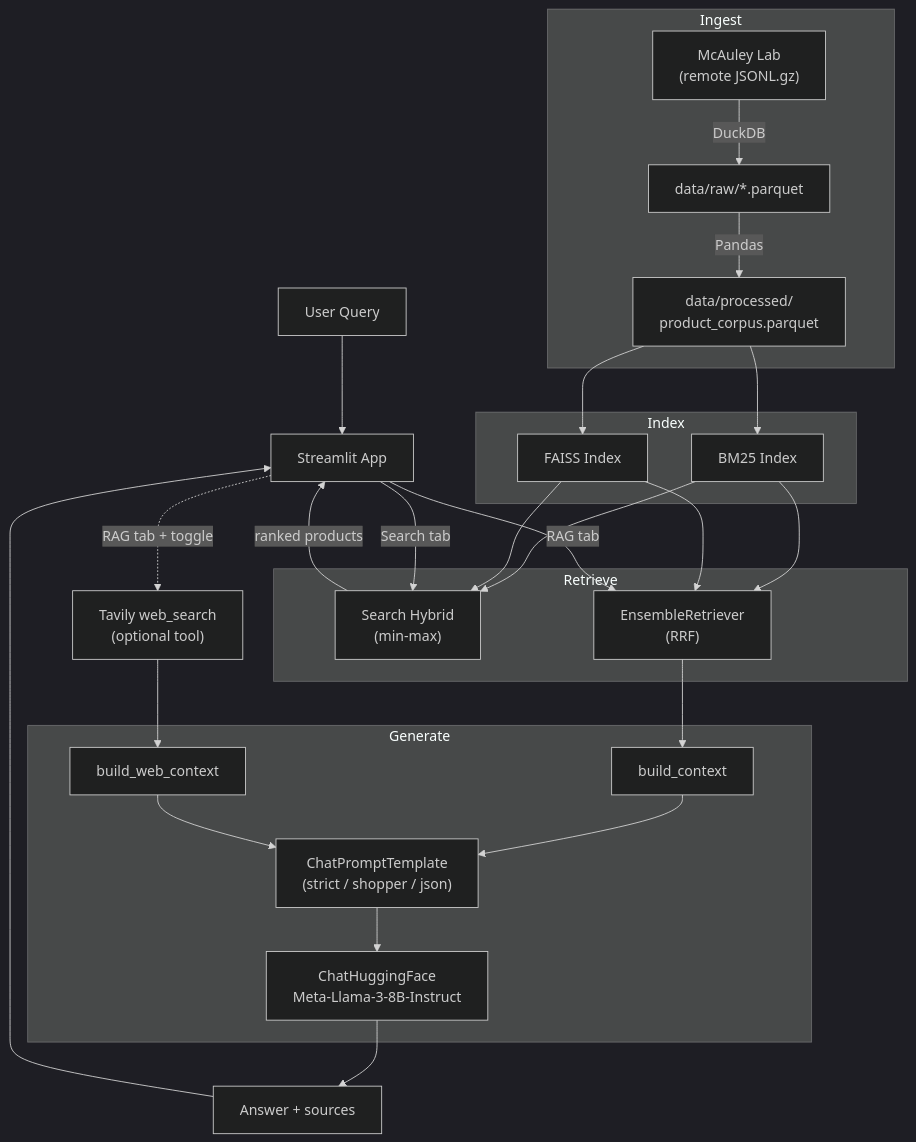
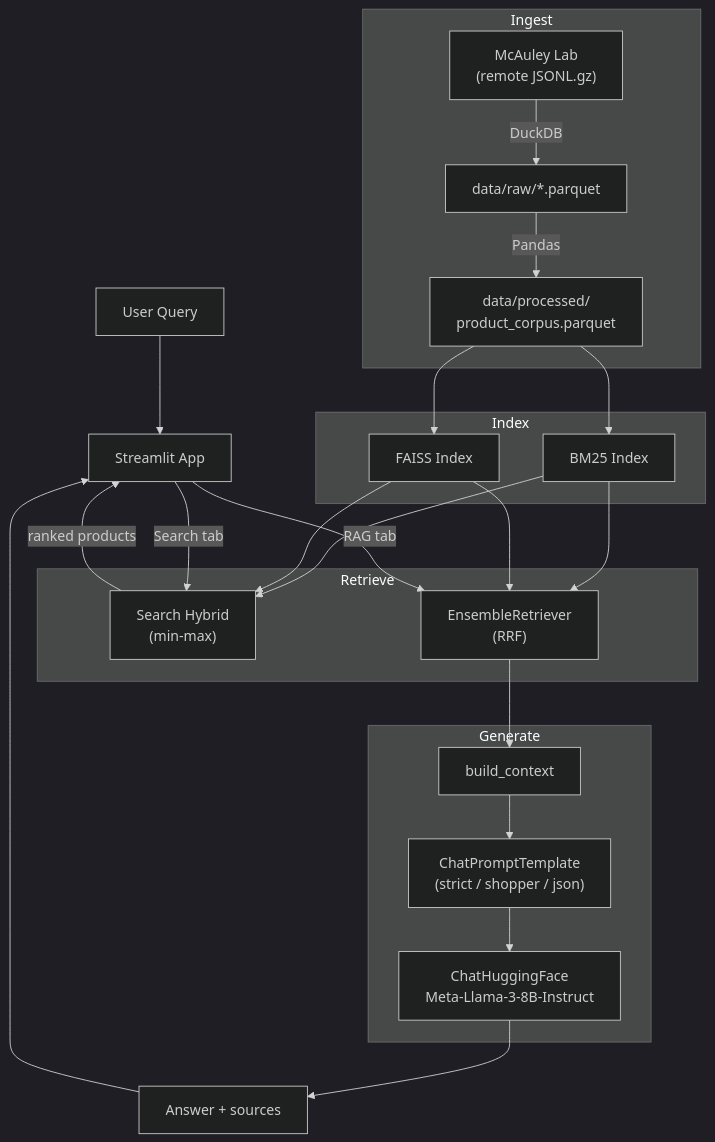
Before and after one commit to UBC-MDS/DSCI_575_project_willchh_jiromig: the diagram in README.md, drawn with Mermaid (dark theme). The commit also changed other lines of this file, not shown here.

````diff
--- a/README.md
+++ b/README.md
@@ -24,43 +24,39 @@
 ```mermaid
 flowchart TD
     F["User Query"] --> G["Streamlit App"]
 
     subgraph Ingest
         A["McAuley Lab<br/>(remote JSONL.gz)"] -->|DuckDB| B["data/raw/*.parquet"]
         B -->|Pandas| C["data/processed/<br/>product_corpus.parquet"]
     end
 
     subgraph Index
         D["BM25 Index"]
         E["FAISS Index"]
     end
 
     subgraph Retrieve
         Hybrid["Search Hybrid<br/>(min-max)"]
         Ens["EnsembleRetriever<br/>(RRF)"]
     end
 
     subgraph Generate
         Ctx["build_context"] --> Tmpl["ChatPromptTemplate<br/>(strict / shopper / json)"]
-        WCtx["build_web_context"] --> Tmpl
         Tmpl --> LLM["ChatHuggingFace<br/>Meta-Llama-3-8B-Instruct"]
     end
-
-    Web["Tavily web_search<br/>(optional tool)"] --> WCtx
 
     C --> D
     C --> E
     D --> Hybrid
     E --> Hybrid
     D --> Ens
     E --> Ens
 
     G -->|Search tab| Hybrid
     G -->|RAG tab| Ens
-    G -.->|RAG tab + toggle| Web
     Ens --> Ctx
     LLM --> Ans["Answer + sources"]
 
     Hybrid -->|ranked products| G
     Ans --> G
 ```
````
